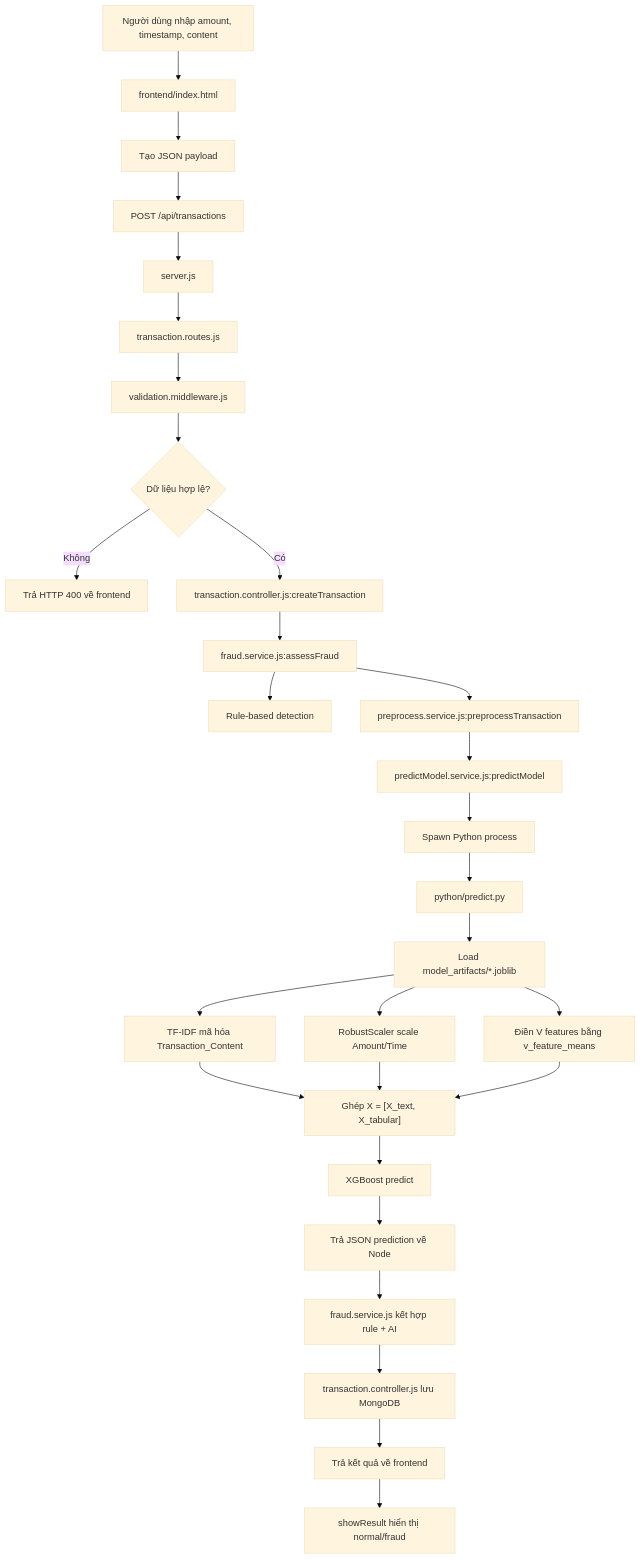
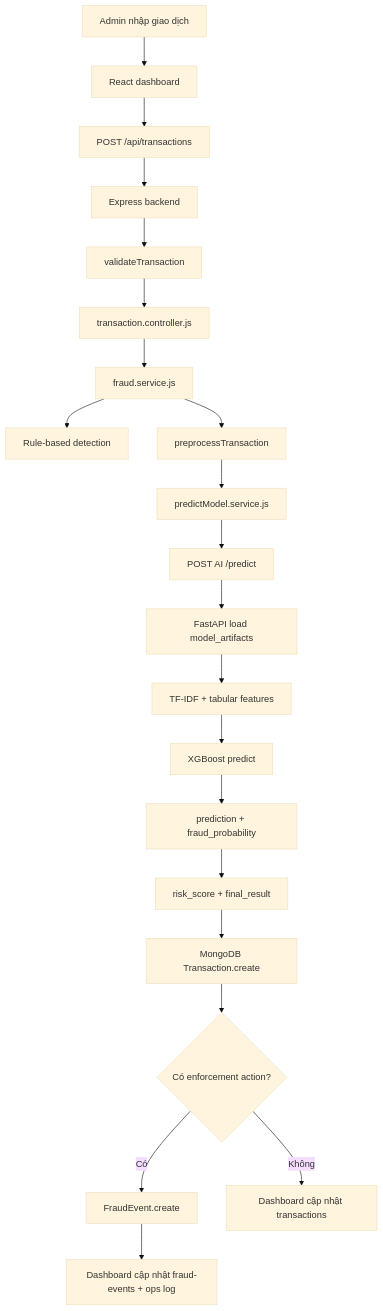
The diagram in README.md (Dungsilver1005/projectNMAI), drawn with Mermaid (base theme) before and after one commit. The commit also changed other lines of this file and 36 other files, not shown here.

````diff
--- a/README.md
+++ b/README.md
@@ -296,31 +321,23 @@
 ```mermaid
 flowchart TD
-    A["Người dùng nhập amount, timestamp, content"] --> B["frontend/index.html"]
-    B --> C["Tạo JSON payload"]
-    C --> D["POST /api/transactions"]
-    D --> E["server.js"]
-    E --> F["transaction.routes.js"]
-    F --> G["validation.middleware.js"]
-    G --> H{"Dữ liệu hợp lệ?"}
-    H -- "Không" --> I["Trả HTTP 400 về frontend"]
-    H -- "Có" --> J["transaction.controller.js:createTransaction"]
-    J --> K["fraud.service.js:assessFraud"]
-    K --> L["Rule-based detection"]
-    K --> M["preprocess.service.js:preprocessTransaction"]
-    M --> N["predictModel.service.js:predictModel"]
-    N --> O["Spawn Python process"]
-    O --> P["python/predict.py"]
-    P --> Q["Load model_artifacts/*.joblib"]
-    Q --> R["TF-IDF mã hóa Transaction_Content"]
-    Q --> S["RobustScaler scale Amount/Time"]
-    Q --> T["Điền V features bằng v_feature_means"]
-    R --> U["Ghép X = [X_text, X_tabular]"]
-    S --> U
-    T --> U
-    U --> V["XGBoost predict"]
-    V --> W["Trả JSON prediction về Node"]
-    W --> X["fraud.service.js kết hợp rule + AI"]
-    X --> Y["transaction.controller.js lưu MongoDB"]
-    Y --> Z["Trả kết quả về frontend"]
-    Z --> AA["showResult hiển thị normal/fraud"]
+    A["Admin nhập giao dịch"] --> B["React dashboard"]
+    B --> C["POST /api/transactions"]
+    C --> D["Express backend"]
+    D --> E["validateTransaction"]
+    E --> F["transaction.controller.js"]
+    F --> G["fraud.service.js"]
+    G --> H["Rule-based detection"]
+    G --> I["preprocessTransaction"]
+    I --> J["predictModel.service.js"]
+    J --> K["POST AI /predict"]
+    K --> L["FastAPI load model_artifacts"]
+    L --> M["TF-IDF + tabular features"]
+    M --> N["XGBoost predict"]
+    N --> O["prediction + fraud_probability"]
+    O --> P["risk_score + final_result"]
+    P --> Q["MongoDB Transaction.create"]
+    Q --> R{"Có enforcement action?"}
+    R -- "Có" --> S["FraudEvent.create"]
+    R -- "Không" --> T["Dashboard cập nhật transactions"]
+    S --> U["Dashboard cập nhật fraud-events + ops log"]
 ```
````
